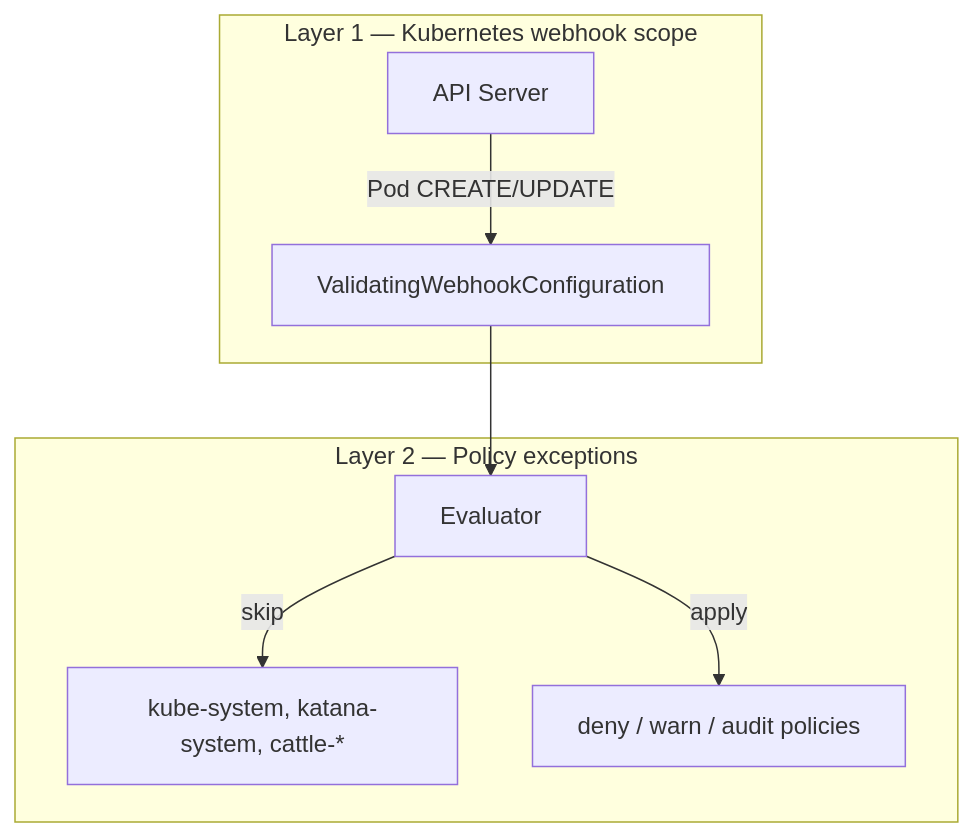
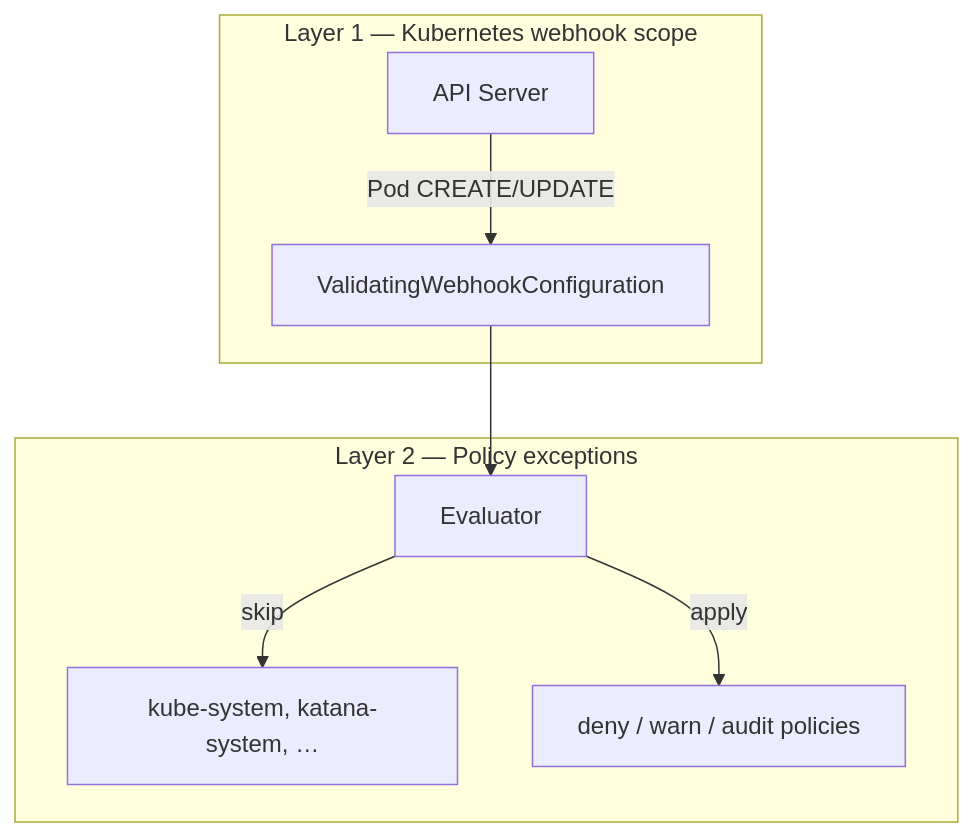
The third of 5 diagrams in README.md (zpol/katana), drawn with Mermaid before and after one commit. The commit also changed other lines of this file and 62 other files, not shown here.

````diff
--- a/README.md
+++ b/README.md
@@ -355,15 +355,15 @@
 ```mermaid
 flowchart TB
   subgraph layer1 [Layer 1 — Kubernetes webhook scope]
     APIS[API Server]
     WH[ValidatingWebhookConfiguration]
     APIS -->|Pod CREATE/UPDATE| WH
   end
 
   subgraph layer2 [Layer 2 — Policy exceptions]
     Eval[Evaluator]
     WH --> Eval
-    Eval -->|skip| EX["kube-system, katana-system, cattle-*"]
+    Eval -->|skip| EX["kube-system, katana-system, …"]
     Eval -->|apply| POL[deny / warn / audit policies]
   end
 ```
````
